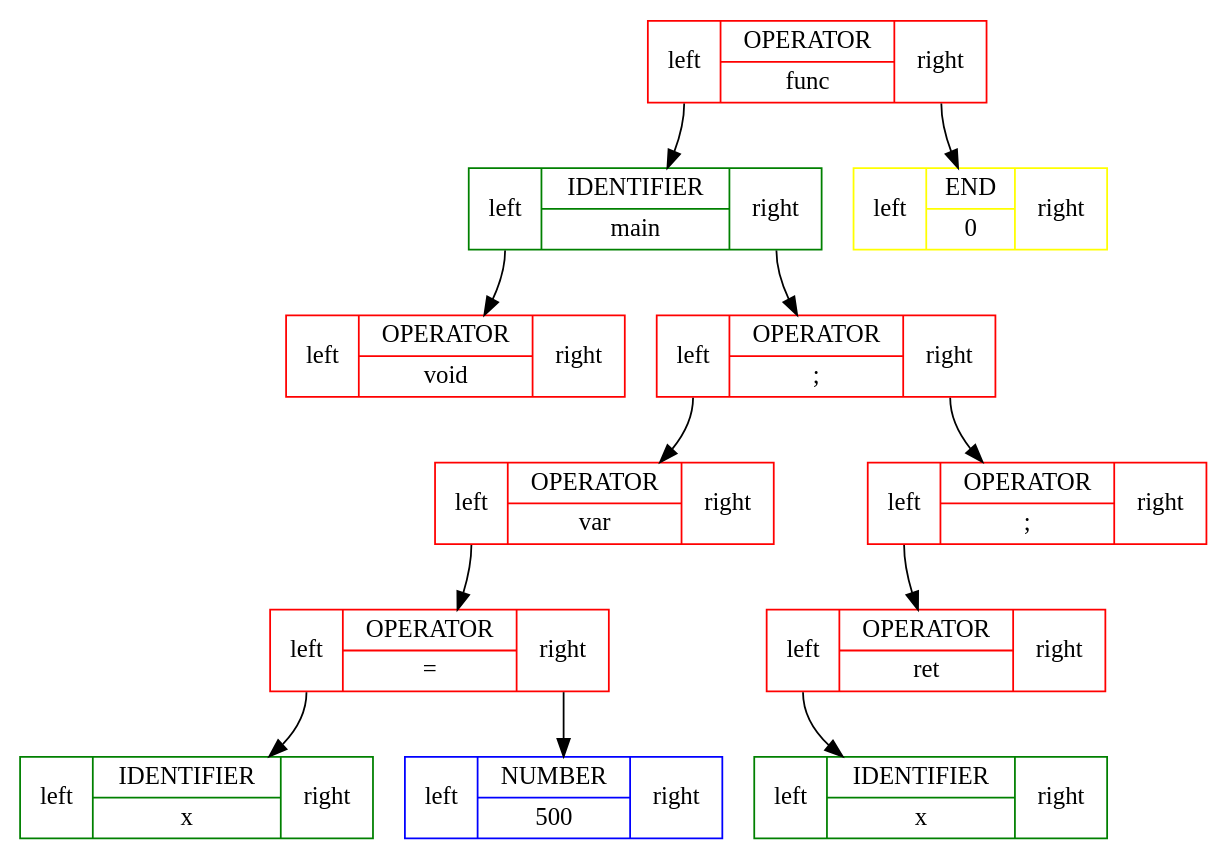
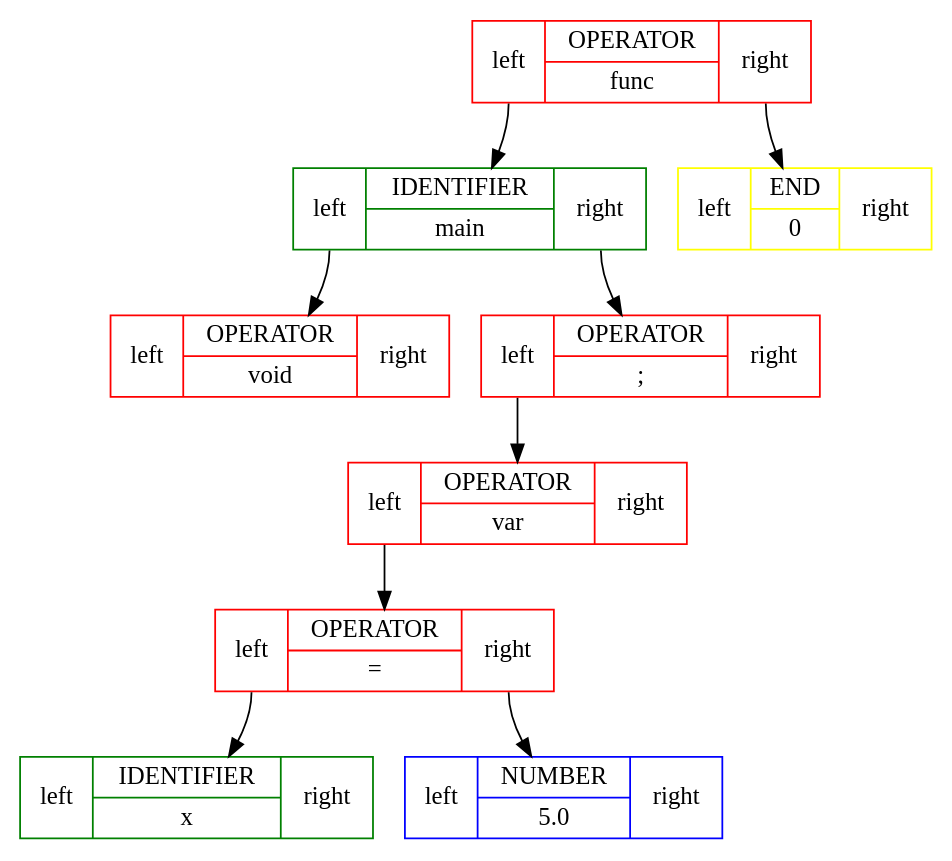
One commit to XDLoLiK/cmanzoku changed the diagram in Examples/test2.man.tree.dot. Above: the diagram before and after it, drawn with Graphviz. The commit also changed 13 other files, not shown here.

```diff
--- a/Examples/test2.man.tree.dot
+++ b/Examples/test2.man.tree.dot
@@ -1,27 +1,21 @@
 digraph tree {
 	rankdir=HR;
 	node [shape=record];
-	node0xd135a0 [color=red, label="<left> left | { OPERATOR | func } | <right> right"];
-	node0xd13630 [color=green, label="<left> left | { IDENTIFIER | main } | <right> right"];
-	node0xd136f0 [color=red, label="<left> left | { OPERATOR | void } | <right> right"];
-	node0xd13630:left -> node0xd136f0;
-	node0xd13f30 [color=red, label="<left> left | { OPERATOR | ; } | <right> right"];
-	node0xd13810 [color=red, label="<left> left | { OPERATOR | var } | <right> right"];
-	node0xd13930 [color=red, label="<left> left | { OPERATOR | = } | <right> right"];
-	node0xd138b0 [color=green, label="<left> left | { IDENTIFIER | x } | <right> right"];
-	node0xd13930:left -> node0xd138b0;
-	node0xd139b0 [color=blue, label="<left> left | { NUMBER | 500 } | <right> right"];
-	node0xd13930:right -> node0xd139b0;
-	node0xd13810:left -> node0xd13930;
-	node0xd13f30:left -> node0xd13810;
-	node0xd140a0 [color=red, label="<left> left | { OPERATOR | ; } | <right> right"];
-	node0xd13fa0 [color=red, label="<left> left | { OPERATOR | ret } | <right> right"];
-	node0xd14030 [color=green, label="<left> left | { IDENTIFIER | x } | <right> right"];
-	node0xd13fa0:left -> node0xd14030;
-	node0xd140a0:left -> node0xd13fa0;
-	node0xd13f30:right -> node0xd140a0;
-	node0xd13630:right -> node0xd13f30;
-	node0xd135a0:left -> node0xd13630;
-	node0xd14140 [color=yellow, label="<left> left | { END | 0 } | <right> right"];
-	node0xd135a0:right -> node0xd14140;
+	node0xf575f0 [color=red, label="<left> left | { OPERATOR | func } | <right> right"];
+	node0xf576b0 [color=green, label="<left> left | { IDENTIFIER | main } | <right> right"];
+	node0xf577d0 [color=red, label="<left> left | { OPERATOR | void } | <right> right"];
+	node0xf576b0:left -> node0xf577d0;
+	node0xf58340 [color=red, label="<left> left | { OPERATOR | ; } | <right> right"];
+	node0xf57980 [color=red, label="<left> left | { OPERATOR | var } | <right> right"];
+	node0xf57b00 [color=red, label="<left> left | { OPERATOR | = } | <right> right"];
+	node0xf57a50 [color=green, label="<left> left | { IDENTIFIER | x } | <right> right"];
+	node0xf57b00:left -> node0xf57a50;
+	node0xf57bb0 [color=blue, label="<left> left | { NUMBER | 5.0 } | <right> right"];
+	node0xf57b00:right -> node0xf57bb0;
+	node0xf57980:left -> node0xf57b00;
+	node0xf58340:left -> node0xf57980;
+	node0xf576b0:right -> node0xf58340;
+	node0xf575f0:left -> node0xf576b0;
+	node0xf58420 [color=yellow, label="<left> left | { END | 0 } | <right> right"];
+	node0xf575f0:right -> node0xf58420;
 }
```
